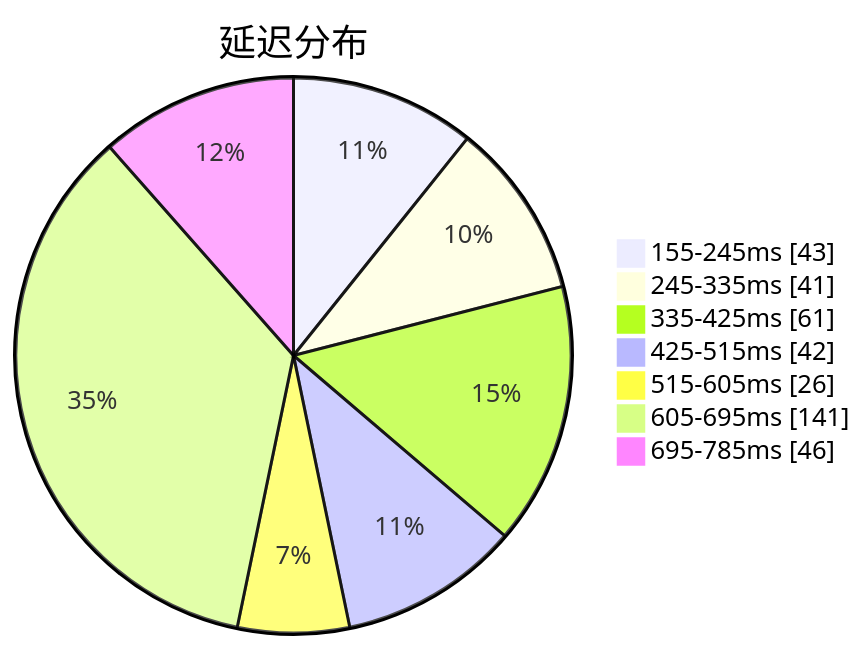
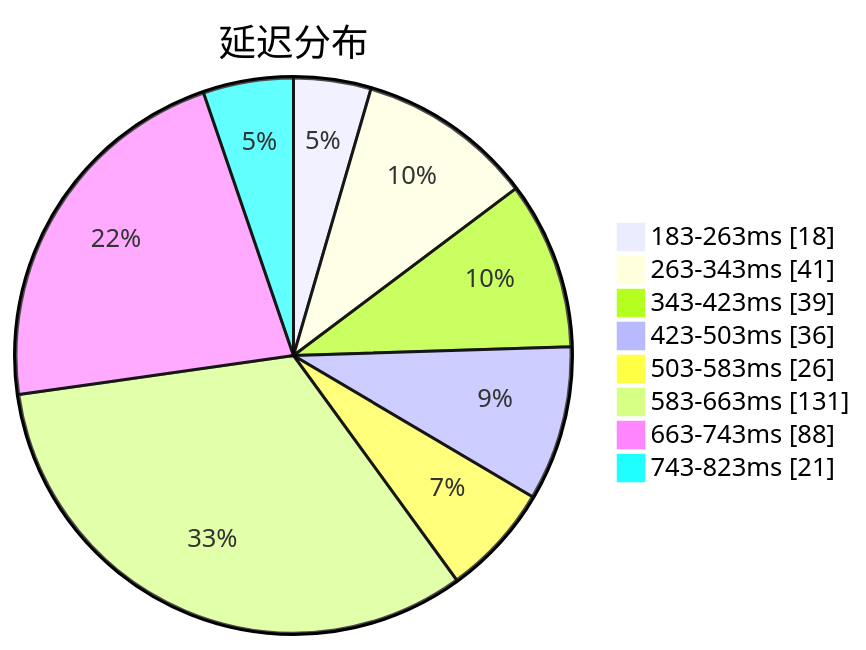
Before and after one commit to qjlxg/airport: the first of 3 diagrams in subs/statistics/tested_within.md, drawn with Mermaid. The commit also changed other lines of this file and 2 other files, not shown here.

````diff
--- a/subs/statistics/tested_within.md
+++ b/subs/statistics/tested_within.md
@@ -2,11 +2,12 @@
 ```mermaid
 pie showData
 title 延迟分布
-"155-245ms" : 43
-"245-335ms" : 41
-"335-425ms" : 61
-"425-515ms" : 42
-"515-605ms" : 26
-"605-695ms" : 141
-"695-785ms" : 46
+"183-263ms" : 18
+"263-343ms" : 41
+"343-423ms" : 39
+"423-503ms" : 36
+"503-583ms" : 26
+"583-663ms" : 131
+"663-743ms" : 88
+"743-823ms" : 21
 ```
````
